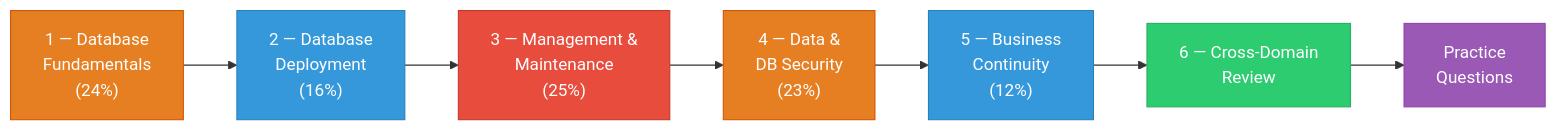
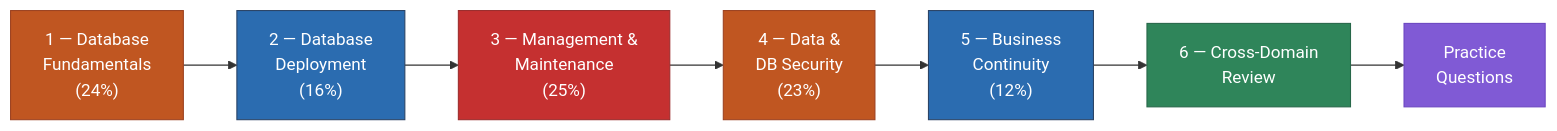
The second of 39 diagrams in 07-Visual-Study-Diagrams.md (George-API/CompTIA_DataSys_Study_Guide), drawn with Mermaid before and after one commit. The commit also changed other lines of this file, not shown here.

Commit message:
Improvements to visual study mermaid diagrams

````diff
--- a/07-Visual-Study-Diagrams.md
+++ b/07-Visual-Study-Diagrams.md
@@ -22,20 +22,20 @@
 ```mermaid
 flowchart LR
-    D1["1 — Database\nFundamentals\n(24%)"]
-    D2["2 — Database\nDeployment\n(16%)"]
-    D3["3 — Management &\nMaintenance\n(25%)"]
-    D4["4 — Data &\nDB Security\n(23%)"]
-    D5["5 — Business\nContinuity\n(12%)"]
-    XR["6 — Cross-Domain\nReview"]
-    PQ["Practice\nQuestions"]
+    D1["1 — Database<br/>Fundamentals<br/>(24%)"]
+    D2["2 — Database<br/>Deployment<br/>(16%)"]
+    D3["3 — Management &<br/>Maintenance<br/>(25%)"]
+    D4["4 — Data &<br/>DB Security<br/>(23%)"]
+    D5["5 — Business<br/>Continuity<br/>(12%)"]
+    XR["6 — Cross-Domain<br/>Review"]
+    PQ["Practice<br/>Questions"]
 
     D1 --> D2 --> D3 --> D4 --> D5 --> XR --> PQ
 
-    style D3 fill:#e74c3c,color:#fff,stroke:#c0392b
-    style D1 fill:#e67e22,color:#fff,stroke:#d35400
-    style D4 fill:#e67e22,color:#fff,stroke:#d35400
-    style D2 fill:#3498db,color:#fff,stroke:#2980b9
-    style D5 fill:#3498db,color:#fff,stroke:#2980b9
-    style XR fill:#2ecc71,color:#fff,stroke:#27ae60
-    style PQ fill:#9b59b6,color:#fff,stroke:#8e44ad
+    style D3 fill:#C53030,color:#fff,stroke:#9B2C2C
+    style D1 fill:#C05621,color:#fff,stroke:#9C4221
+    style D4 fill:#C05621,color:#fff,stroke:#9C4221
+    style D2 fill:#2B6CB0,color:#fff,stroke:#2A4365
+    style D5 fill:#2B6CB0,color:#fff,stroke:#2A4365
+    style XR fill:#2F855A,color:#fff,stroke:#276749
+    style PQ fill:#805AD5,color:#fff,stroke:#6B46C1
 ```
````
